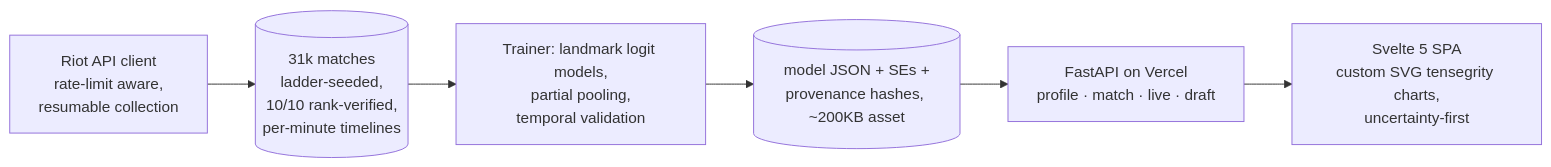
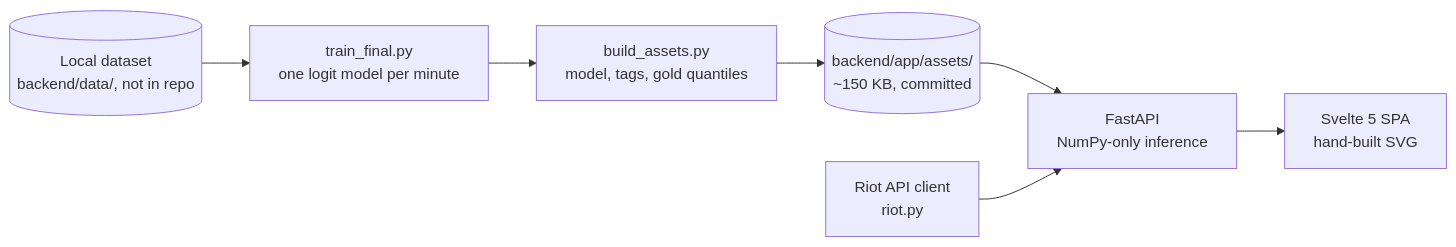
Before and after one commit to Felichz/LoL-Impact: the diagram in README.md, drawn with Mermaid. The commit also changed other lines of this file and 6 other files, not shown here.

````diff
--- a/README.md
+++ b/README.md
@@ -35,8 +58,9 @@
 ```mermaid
 flowchart LR
-  A[Riot API client<br/>rate-limit aware,<br/>resumable collection] --> B[(31k matches<br/>ladder-seeded,<br/>10/10 rank-verified,<br/>per-minute timelines)]
-  B --> C[Trainer: landmark logit models,<br/>partial pooling,<br/>temporal validation]
-  C --> D[(model JSON + SEs +<br/>provenance hashes, ~200KB asset)]
-  D --> E[FastAPI on Vercel<br/>profile · match · live · draft]
-  E --> F[Svelte 5 SPA<br/>custom SVG tensegrity charts,<br/>uncertainty-first]
+  A[(Local dataset<br/>backend/data/, not in repo)] --> B[train_final.py<br/>one logit model per minute]
+  B --> C[build_assets.py<br/>model, tags, gold quantiles]
+  C --> D[(backend/app/assets/<br/>~150 KB, committed)]
+  D --> E[FastAPI<br/>NumPy-only inference]
+  R[Riot API client<br/>riot.py] --> E
+  E --> F[Svelte 5 SPA<br/>hand-built SVG]
 ```
````
